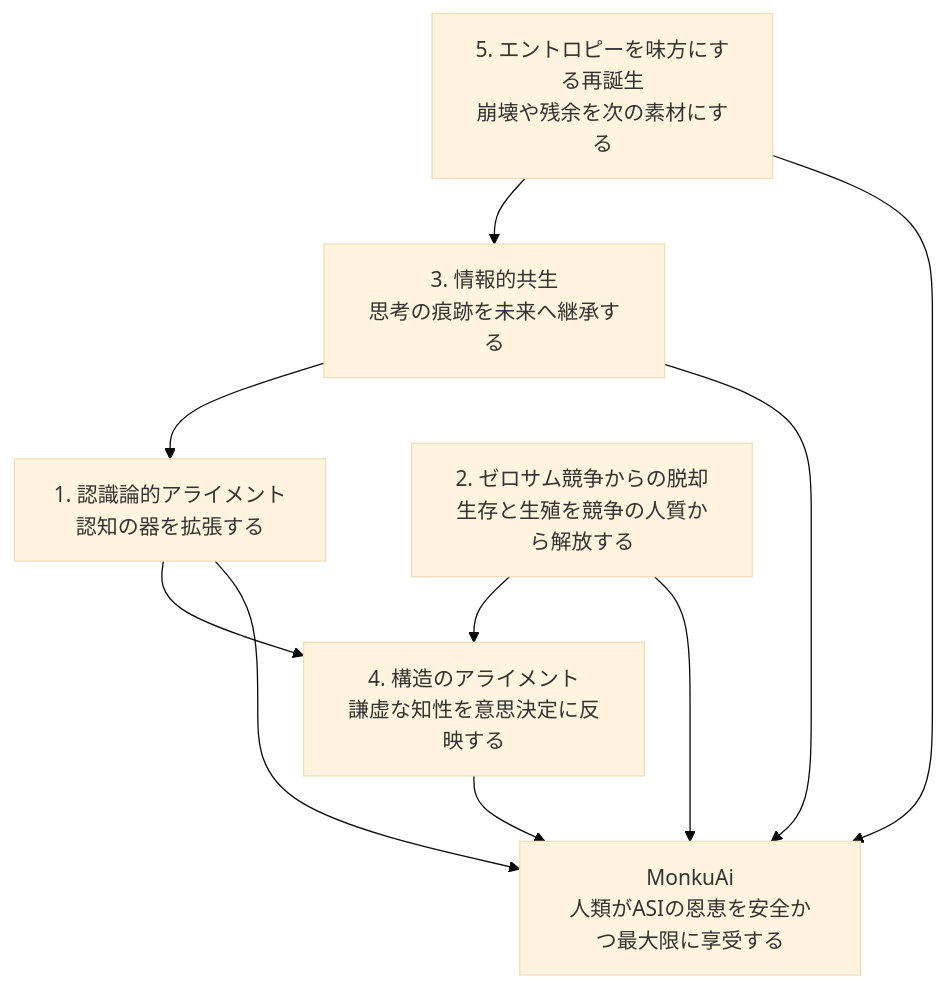
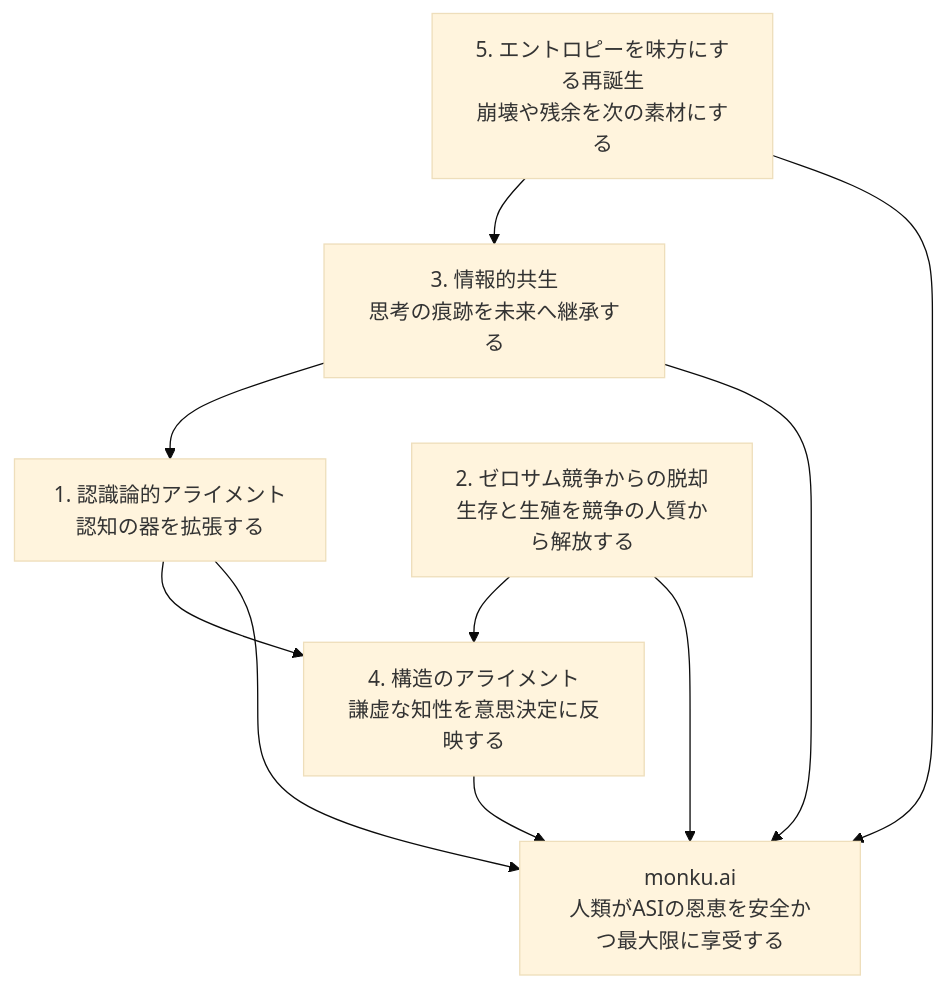
Before and after one commit to kentaroid-bot/Monku_Ai: the first of 2 diagrams in docs/diagram-structure.md, drawn with Mermaid (base theme). The commit also changed other lines of this file and 40 other files, not shown here.

````diff
--- a/docs/diagram-structure.md
+++ b/docs/diagram-structure.md
@@ -7,20 +7,20 @@
 ```mermaid
 flowchart TB
-    A["MonkuAi<br/>人類がASIの恩恵を安全かつ最大限に享受する"]
+    A["monku.ai<br/>人類がASIの恩恵を安全かつ最大限に享受する"]
     B["1. 認識論的アライメント<br/>認知の器を拡張する"]
     C["2. ゼロサム競争からの脱却<br/>生存と生殖を競争の人質から解放する"]
     D["3. 情報的共生<br/>思考の痕跡を未来へ継承する"]
     E["4. 構造のアライメント<br/>謙虚な知性を意思決定に反映する"]
     F["5. エントロピーを味方にする再誕生<br/>崩壊や残余を次の素材にする"]
 
     B --> A
     C --> A
     D --> A
     E --> A
     F --> A
 
     B --> E
     F --> D
     C --> E
     D --> B
 ```
````
